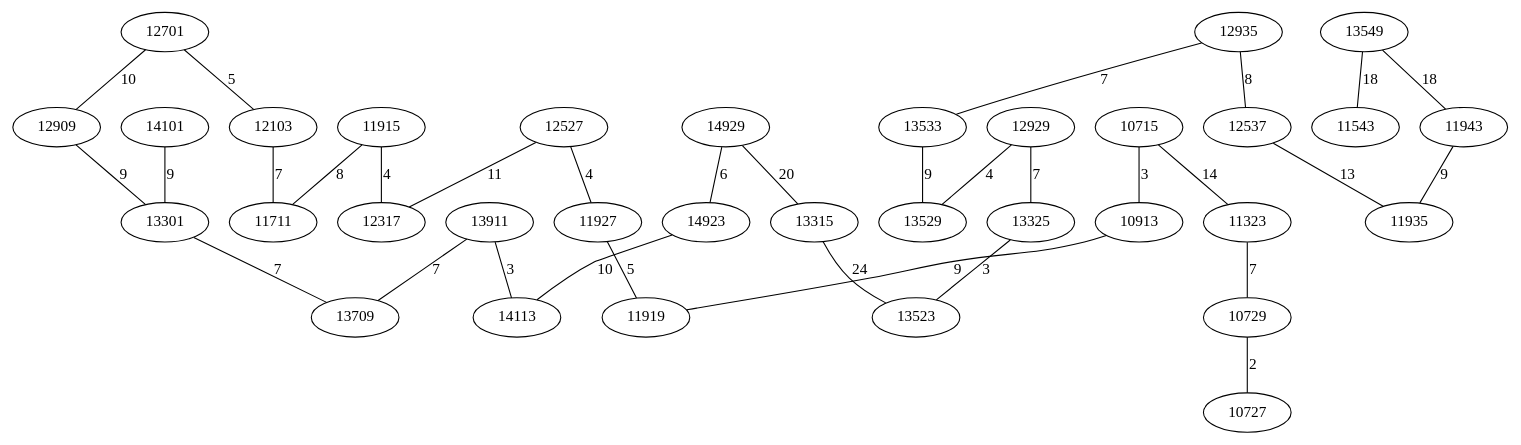
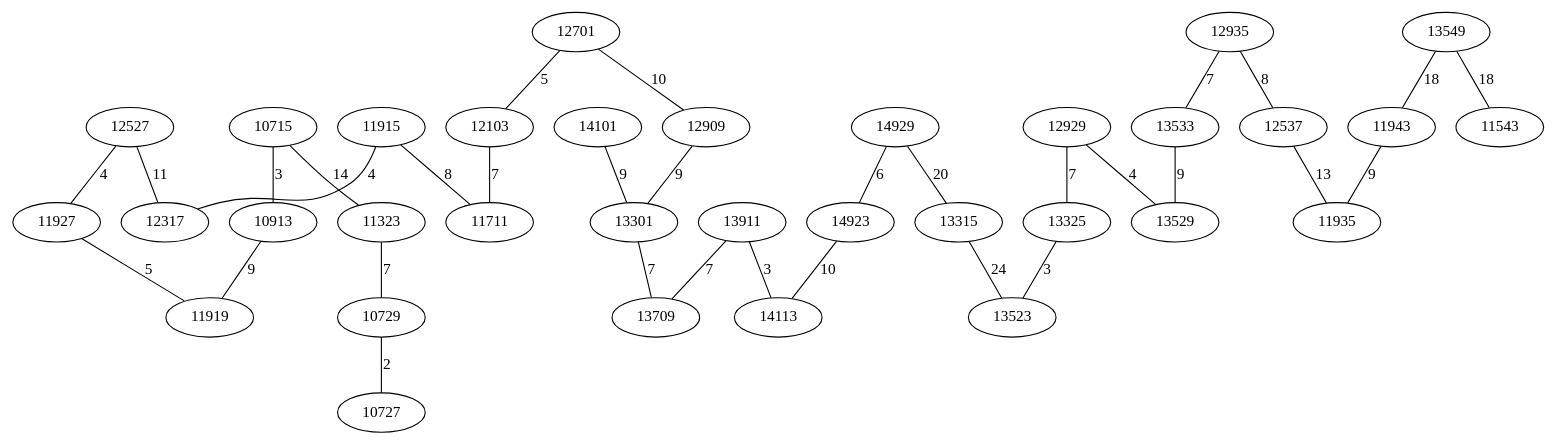
One commit to AsmNoob/Labyrinthe changed the diagram in Graph.dot. Above: the diagram before and after it, drawn with Graphviz. The commit also changed other lines of this file and 3 other files, not shown here.

```diff
--- a/Graph.dot
+++ b/Graph.dot
@@ -1,36 +1,36 @@
 graph chemin {
 
+	12527 -- 11927 [label=4]
 	12527 -- 12317 [label=11]
-	12527 -- 11927 [label=4]
+	14929 -- 13315 [label=20]
 	14929 -- 14923 [label=6]
-	14929 -- 13315 [label=20]
+	13549 -- 11543 [label=18]
 	13549 -- 11943 [label=18]
-	13549 -- 11543 [label=18]
 	12935 -- 13533 [label=7]
 	12935 -- 12537 [label=8]
 	14101 -- 13301 [label=9]
+	12929 -- 13529 [label=4]
 	12929 -- 13325 [label=7]
-	12929 -- 13529 [label=4]
 	11943 -- 11935 [label=9]
 	12537 -- 11935 [label=13]
 	10715 -- 10913 [label=3]
 	10715 -- 11323 [label=14]
 	14923 -- 14113 [label=10]
 	10913 -- 11919 [label=9]
+	13911 -- 14113 [label=3]
 	13911 -- 13709 [label=7]
-	13911 -- 14113 [label=3]
 	11927 -- 11919 [label=5]
 	11323 -- 10729 [label=7]
 	12701 -- 12909 [label=10]
 	12701 -- 12103 [label=5]
 	10729 -- 10727 [label=2]
 	13325 -- 13523 [label=3]
 	13315 -- 13523 [label=24]
 	12909 -- 13301 [label=9]
 	13301 -- 13709 [label=7]
 	12103 -- 11711 [label=7]
 	13533 -- 13529 [label=9]
 	11915 -- 11711 [label=8]
 	11915 -- 12317 [label=4]
 
 }
```
